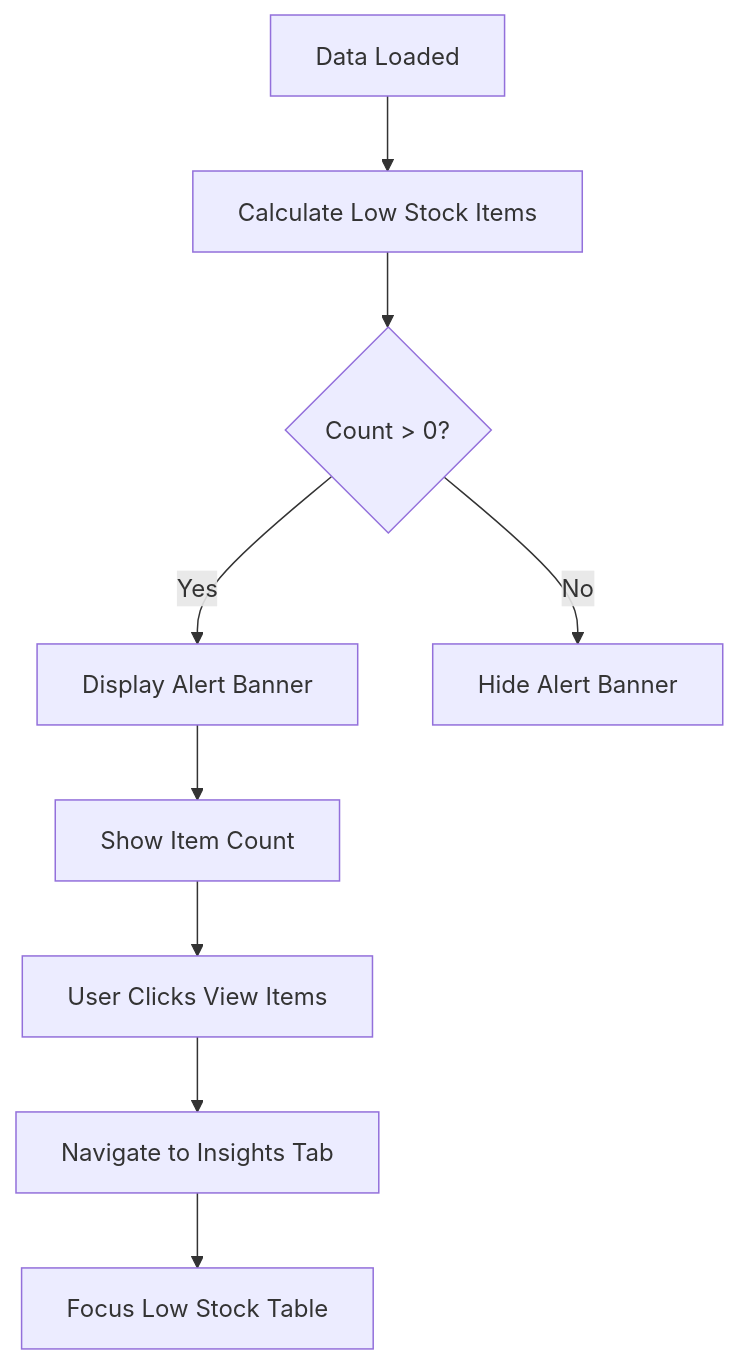
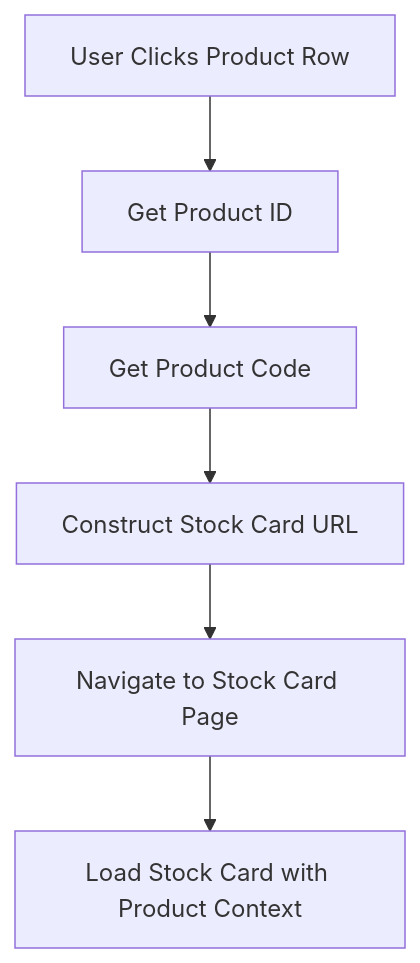
Before and after one commit to PeakMNA/carmen: diagram 14 of 16 in docs/app/inventory-management/stock-overview/inventory-balance/FD-inventory-balance.md, drawn with Mermaid. The commit also changed other lines of this file and 473 other files, not shown here.

````diff
--- a/docs/app/inventory-management/stock-overview/inventory-balance/FD-inventory-balance.md
+++ b/docs/app/inventory-management/stock-overview/inventory-balance/FD-inventory-balance.md
@@ -217,11 +274,8 @@
 ```mermaid
 flowchart TD
-    A[Data Loaded] --> B[Calculate Low Stock Items]
-    B --> C{Count > 0?}
-    C -->|Yes| D[Display Alert Banner]
-    C -->|No| E[Hide Alert Banner]
-    D --> F[Show Item Count]
-    F --> G[User Clicks View Items]
-    G --> H[Navigate to Insights Tab]
-    H --> I[Focus Low Stock Table]
+    A[User Clicks Product Row] --> B[Get Product ID]
+    B --> C[Get Product Code]
+    C --> D[Construct Stock Card URL]
+    D --> E[Navigate to Stock Card Page]
+    E --> F[Load Stock Card with Product Context]
 ```
````
